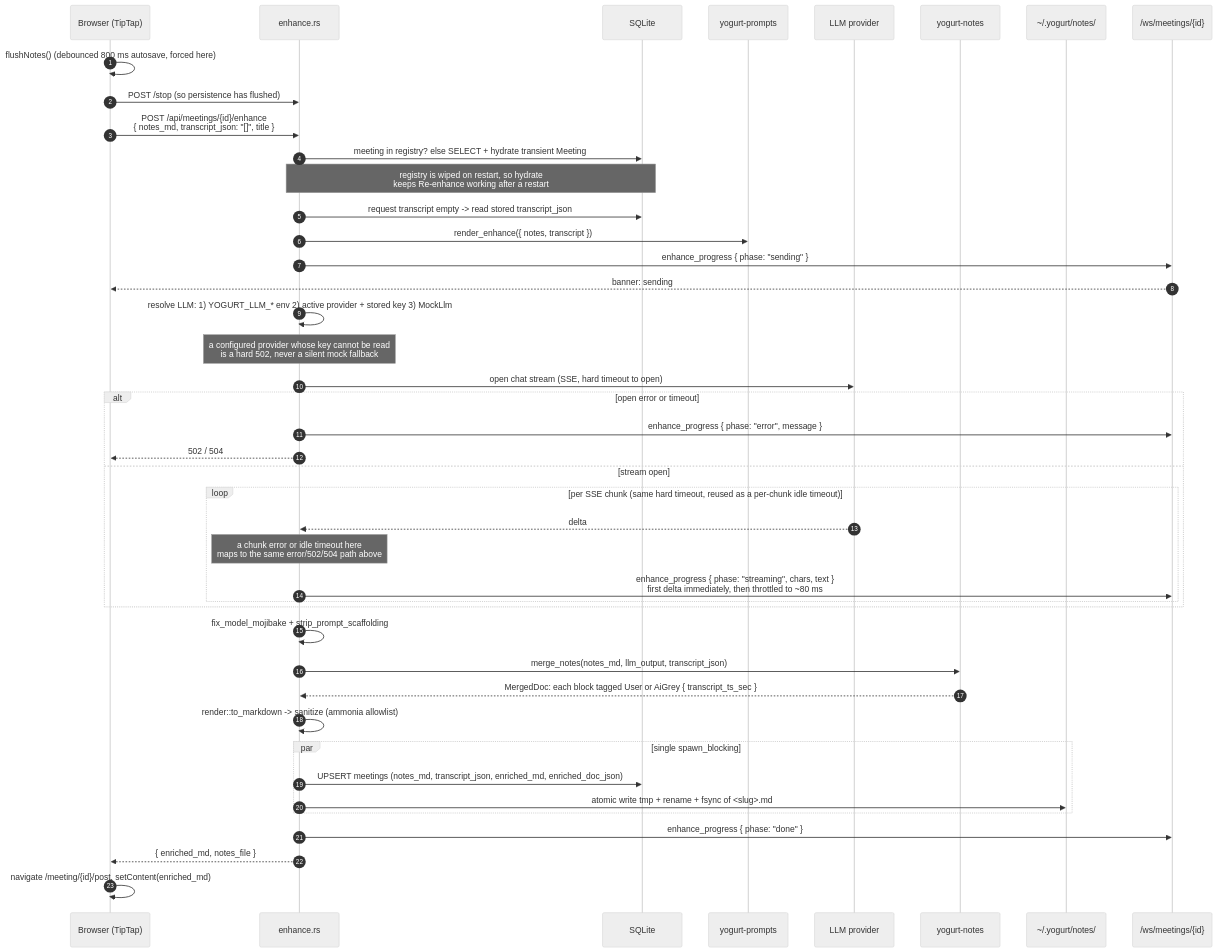
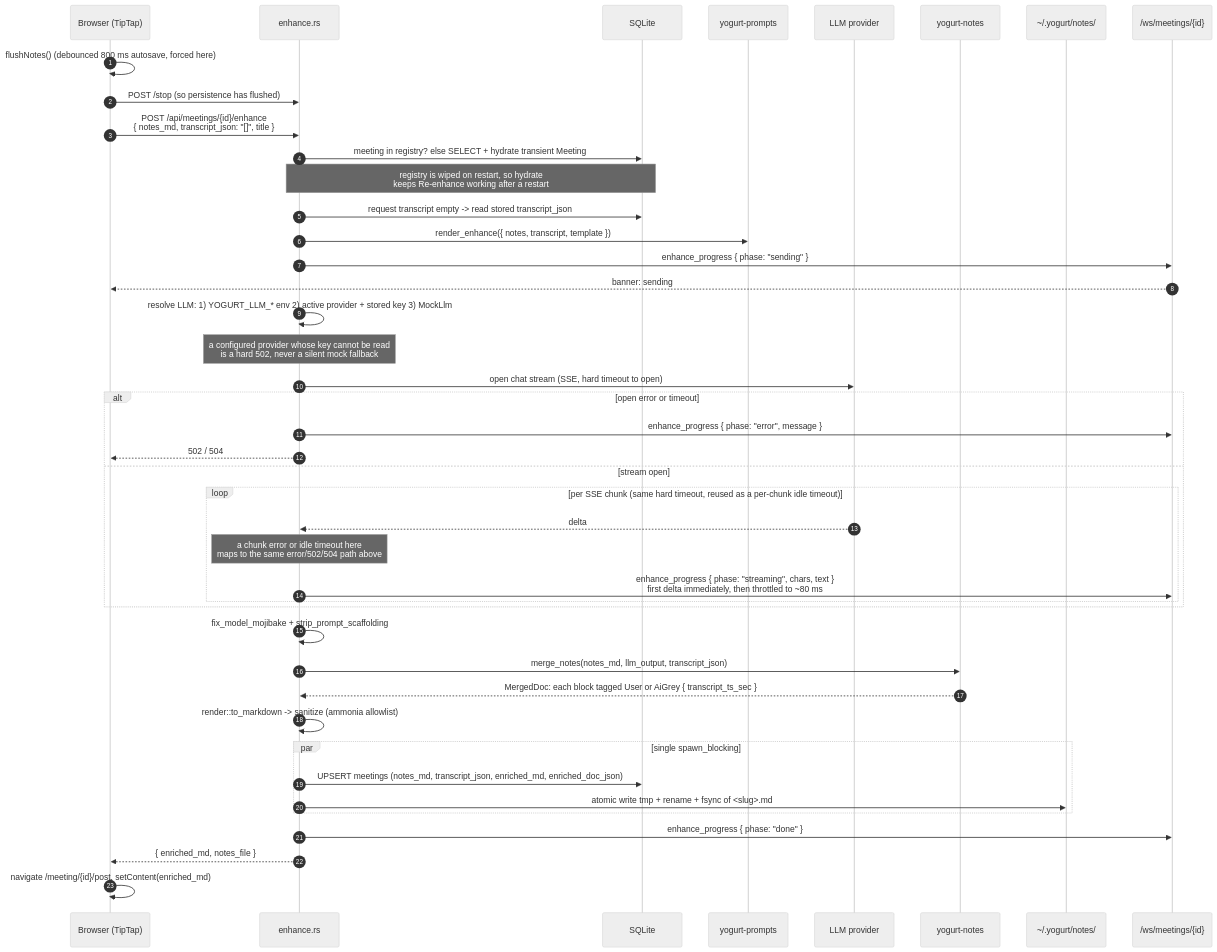
Before and after one commit to jarvisrchen/yogurt: the fifth of 12 diagrams in docs/ARCHITECTURE.md, drawn with Mermaid (neutral theme). The commit also changed other lines of this file and 36 other files, not shown here.

````diff
--- a/docs/ARCHITECTURE.md
+++ b/docs/ARCHITECTURE.md
@@ -312,49 +312,49 @@
 ```mermaid
 sequenceDiagram
     autonumber
     participant B as Browser (TipTap)
     participant E as enhance.rs
     participant DB as SQLite
     participant PR as yogurt-prompts
     participant L as LLM provider
     participant N as yogurt-notes
     participant FS as ~/.yogurt/notes/
     participant WS as /ws/meetings/{id}
 
     B->>B: flushNotes() (debounced 800 ms autosave, forced here)
     B->>E: POST /stop  (so persistence has flushed)
     B->>E: POST /api/meetings/{id}/enhance<br/>{ notes_md, transcript_json: "[]", title }
 
     E->>DB: meeting in registry?  else SELECT + hydrate transient Meeting
     Note over E,DB: registry is wiped on restart, so hydrate<br/>keeps Re-enhance working after a restart
     E->>DB: request transcript empty -> read stored transcript_json
-    E->>PR: render_enhance({ notes, transcript })
+    E->>PR: render_enhance({ notes, transcript, template })
     E->>WS: enhance_progress { phase: "sending" }
     WS-->>B: banner: sending
 
     E->>E: resolve LLM: 1) YOGURT_LLM_* env  2) active provider + stored key  3) MockLlm
     Note over E: a configured provider whose key cannot be read<br/>is a hard 502, never a silent mock fallback
     E->>L: open chat stream (SSE, hard timeout to open)
     alt open error or timeout
         E->>WS: enhance_progress { phase: "error", message }
         E-->>B: 502 / 504
     else stream open
         loop per SSE chunk (same hard timeout, reused as a per-chunk idle timeout)
             L-->>E: delta
             Note over E: a chunk error or idle timeout here<br/>maps to the same error/502/504 path above
             E->>WS: enhance_progress { phase: "streaming", chars, text }<br/>first delta immediately, then throttled to ~80 ms
         end
     end
 
     E->>E: fix_model_mojibake + strip_prompt_scaffolding
     E->>N: merge_notes(notes_md, llm_output, transcript_json)
     N-->>E: MergedDoc: each block tagged User or AiGrey { transcript_ts_sec }
     E->>E: render::to_markdown -> sanitize (ammonia allowlist)
     par single spawn_blocking
         E->>DB: UPSERT meetings (notes_md, transcript_json, enriched_md, enriched_doc_json)
         E->>FS: atomic write tmp + rename + fsync of <slug>.md
     end
     E->>WS: enhance_progress { phase: "done" }
     E-->>B: { enriched_md, notes_file }
     B->>B: navigate /meeting/{id}/post, setContent(enriched_md)
 ```
````
